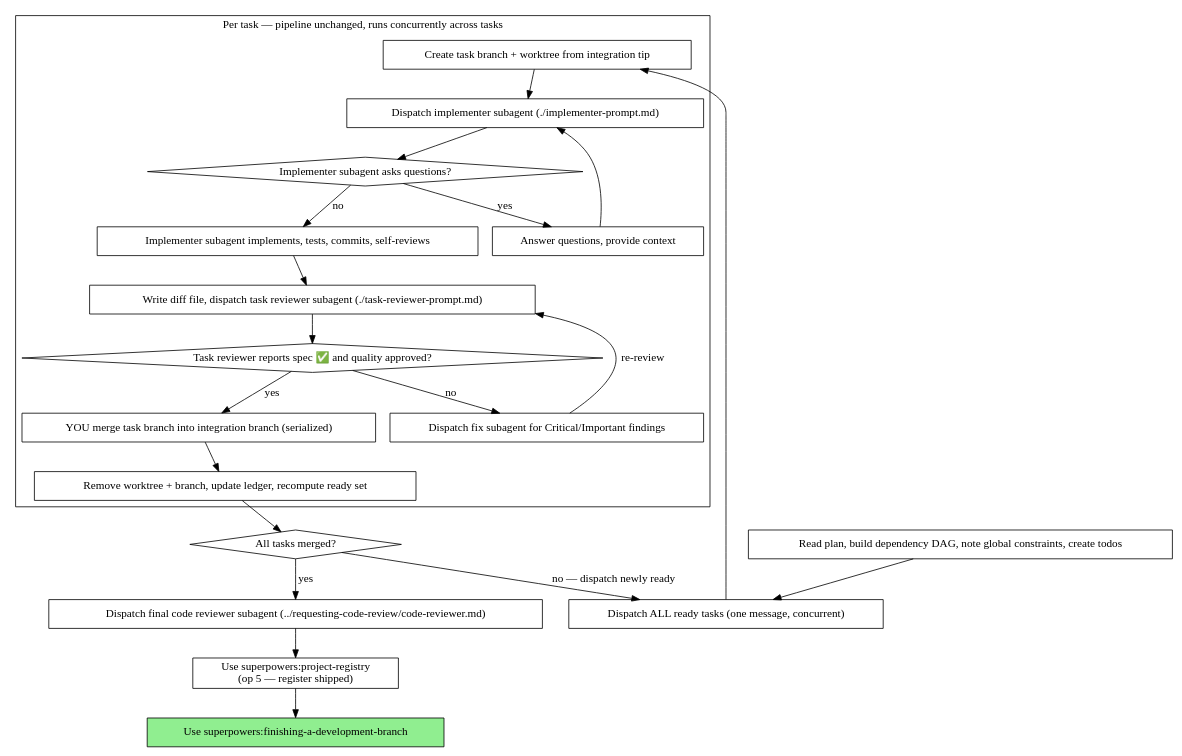
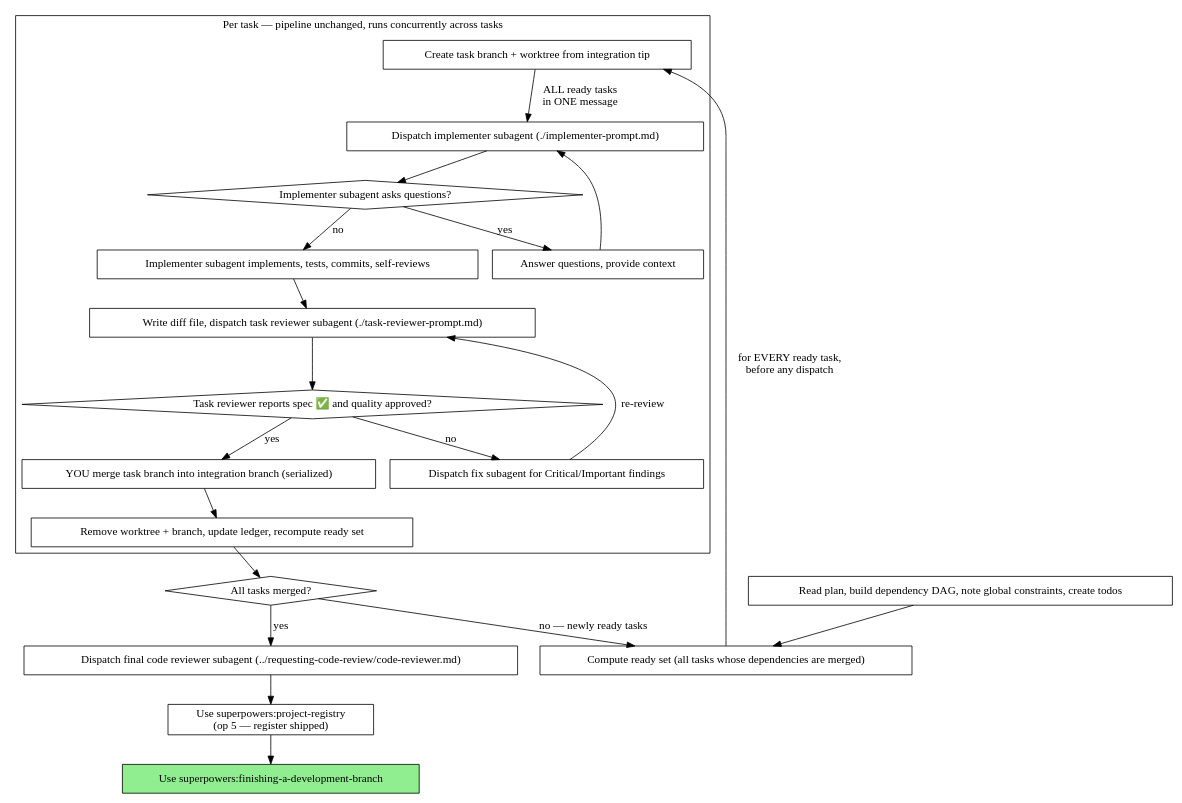
Before and after one commit to jacek2v/superpowers-j2v: the second of 2 diagrams in skills/subagent-driven-development-parallel/SKILL.md, drawn with Graphviz. The commit also changed other lines of this file and 1 other file, not shown here.

First paragraph of the commit message:
skills: fix four consistency defects the pre-push review found
All four are cases where one representation of a rule contradicts another,
or where a rule the protocol depends on is never stated.

````diff
--- a/skills/subagent-driven-development-parallel/SKILL.md
+++ b/skills/subagent-driven-development-parallel/SKILL.md
@@ -50,45 +50,45 @@
 ```dot
 digraph process {
     rankdir=TB;
 
     subgraph cluster_per_task {
         label="Per task — pipeline unchanged, runs concurrently across tasks";
         "Create task branch + worktree from integration tip" [shape=box];
         "Dispatch implementer subagent (./implementer-prompt.md)" [shape=box];
         "Implementer subagent asks questions?" [shape=diamond];
         "Answer questions, provide context" [shape=box];
         "Implementer subagent implements, tests, commits, self-reviews" [shape=box];
         "Write diff file, dispatch task reviewer subagent (./task-reviewer-prompt.md)" [shape=box];
         "Task reviewer reports spec ✅ and quality approved?" [shape=diamond];
         "Dispatch fix subagent for Critical/Important findings" [shape=box];
         "YOU merge task branch into integration branch (serialized)" [shape=box];
         "Remove worktree + branch, update ledger, recompute ready set" [shape=box];
     }
 
     "Read plan, build dependency DAG, note global constraints, create todos" [shape=box];
-    "Dispatch ALL ready tasks (one message, concurrent)" [shape=box];
+    "Compute ready set (all tasks whose dependencies are merged)" [shape=box];
     "All tasks merged?" [shape=diamond];
     "Dispatch final code reviewer subagent (../requesting-code-review/code-reviewer.md)" [shape=box];
     "Use superpowers:project-registry\n(op 5 — register shipped)" [shape=box];
     "Use superpowers:finishing-a-development-branch" [shape=box style=filled fillcolor=lightgreen];
 
-    "Read plan, build dependency DAG, note global constraints, create todos" -> "Dispatch ALL ready tasks (one message, concurrent)";
-    "Dispatch ALL ready tasks (one message, concurrent)" -> "Create task branch + worktree from integration tip";
-    "Create task branch + worktree from integration tip" -> "Dispatch implementer subagent (./implementer-prompt.md)";
+    "Read plan, build dependency DAG, note global constraints, create todos" -> "Compute ready set (all tasks whose dependencies are merged)";
+    "Compute ready set (all tasks whose dependencies are merged)" -> "Create task branch + worktree from integration tip" [label="for EVERY ready task,\nbefore any dispatch"];
+    "Create task branch + worktree from integration tip" -> "Dispatch implementer subagent (./implementer-prompt.md)" [label="ALL ready tasks\nin ONE message"];
     "Dispatch implementer subagent (./implementer-prompt.md)" -> "Implementer subagent asks questions?";
     "Implementer subagent asks questions?" -> "Answer questions, provide context" [label="yes"];
     "Answer questions, provide context" -> "Dispatch implementer subagent (./implementer-prompt.md)";
     "Implementer subagent asks questions?" -> "Implementer subagent implements, tests, commits, self-reviews" [label="no"];
     "Implementer subagent implements, tests, commits, self-reviews" -> "Write diff file, dispatch task reviewer subagent (./task-reviewer-prompt.md)";
     "Write diff file, dispatch task reviewer subagent (./task-reviewer-prompt.md)" -> "Task reviewer reports spec ✅ and quality approved?";
     "Task reviewer reports spec ✅ and quality approved?" -> "Dispatch fix subagent for Critical/Important findings" [label="no"];
     "Dispatch fix subagent for Critical/Important findings" -> "Write diff file, dispatch task reviewer subagent (./task-reviewer-prompt.md)" [label="re-review"];
     "Task reviewer reports spec ✅ and quality approved?" -> "YOU merge task branch into integration branch (serialized)" [label="yes"];
     "YOU merge task branch into integration branch (serialized)" -> "Remove worktree + branch, update ledger, recompute ready set";
     "Remove worktree + branch, update ledger, recompute ready set" -> "All tasks merged?";
-    "All tasks merged?" -> "Dispatch ALL ready tasks (one message, concurrent)" [label="no — dispatch newly ready"];
+    "All tasks merged?" -> "Compute ready set (all tasks whose dependencies are merged)" [label="no — newly ready tasks"];
     "All tasks merged?" -> "Dispatch final code reviewer subagent (../requesting-code-review/code-reviewer.md)" [label="yes"];
     "Dispatch final code reviewer subagent (../requesting-code-review/code-reviewer.md)" -> "Use superpowers:project-registry\n(op 5 — register shipped)";
     "Use superpowers:project-registry\n(op 5 — register shipped)" -> "Use superpowers:finishing-a-development-branch";
 }
 ```
````
